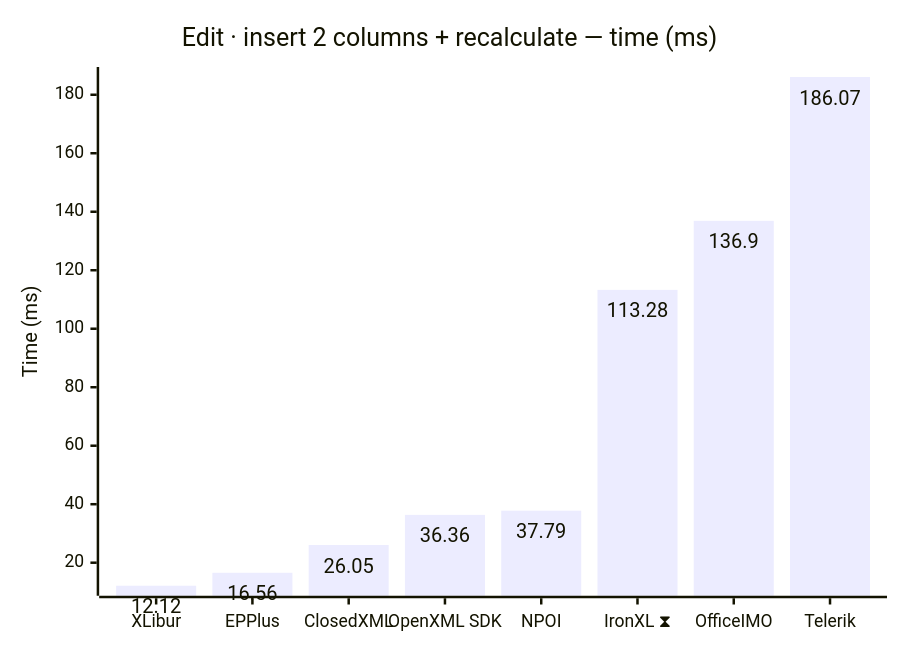
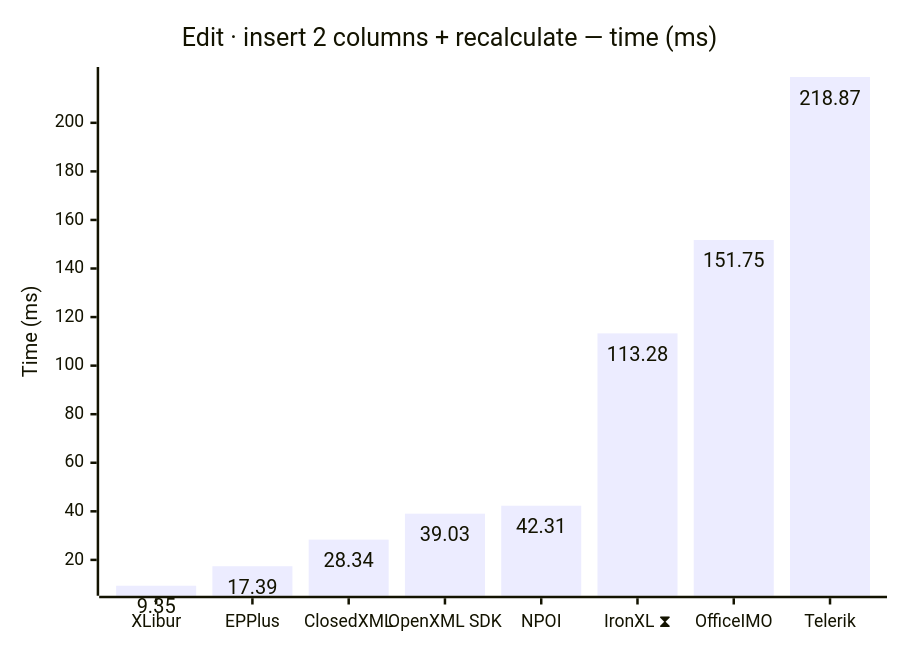
Diagram 11 of 12 in docs/results.md (jafin/XLBench), drawn with Mermaid before and after one commit. The commit also changed other lines of this file and 4 other files, not shown here.

````diff
--- a/docs/results.md
+++ b/docs/results.md
@@ -172,12 +172,12 @@
 ```mermaid
 ---
 config:
   xyChart:
     showDataLabel: true
 ---
 xychart-beta
     title "Edit · insert 2 columns + recalculate — time (ms)"
     x-axis ["XLibur", "EPPlus", "ClosedXML", "OpenXML SDK", "NPOI", "IronXL ⧗", "OfficeIMO", "Telerik"]
     y-axis "Time (ms)"
-    bar [12.12, 16.56, 26.05, 36.36, 37.79, 113.28, 136.9, 186.07]
+    bar [9.35, 17.39, 28.34, 39.03, 42.31, 113.28, 151.75, 218.87]
 ```
````
